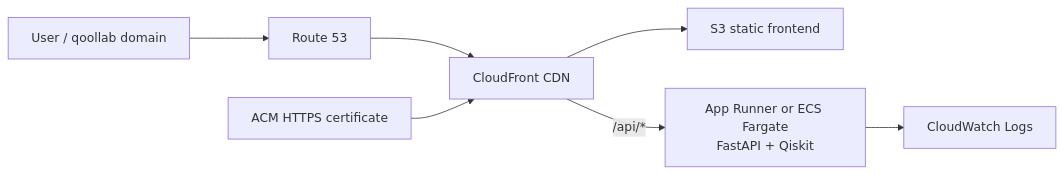
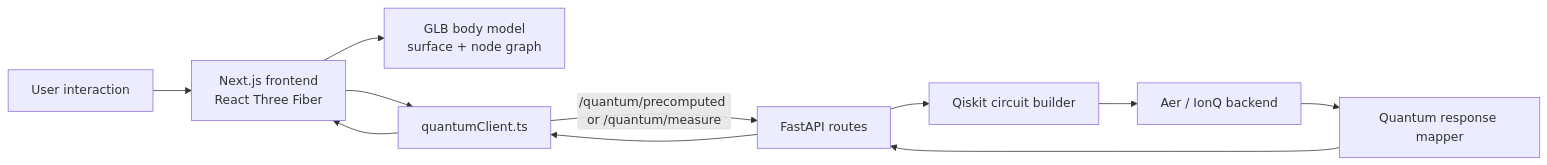
One commit to IonQ-Qollab-Quantum-Challenge/Entangled-Body changed the diagram in README.md. Above: the diagram before and after it, drawn with Mermaid. The commit also changed other lines of this file and 5 other files, not shown here.

````diff
--- a/README.md
+++ b/README.md
@@ -20,17 +36,22 @@
 ```mermaid
 flowchart LR
-    user[User / qoollab domain]
-    dns[Route 53]
-    cert[ACM HTTPS certificate]
-    cf[CloudFront CDN]
-    s3web[S3 static frontend]
-    api[App Runner or ECS Fargate<br/>FastAPI + Qiskit]
-    logs[CloudWatch Logs]
+    user[User interaction]
+    web[Next.js frontend<br/>React Three Fiber]
+    model[GLB body model<br/>surface + node graph]
+    client[quantumClient.ts]
+    api[FastAPI routes]
+    circuit[Qiskit circuit builder]
+    backend[Aer / IonQ backend]
+    mapper[Quantum response mapper]
 
-    user --> dns
-    dns --> cf
-    cert --> cf
-    cf --> s3web
-    cf -->|/api/*| api
-    api --> logs
+    user --> web
+    web --> model
+    web --> client
+    client -->|/quantum/precomputed or /quantum/measure| api
+    api --> circuit
+    circuit --> backend
+    backend --> mapper
+    mapper --> api
+    api --> client
+    client --> web
 ```
````
